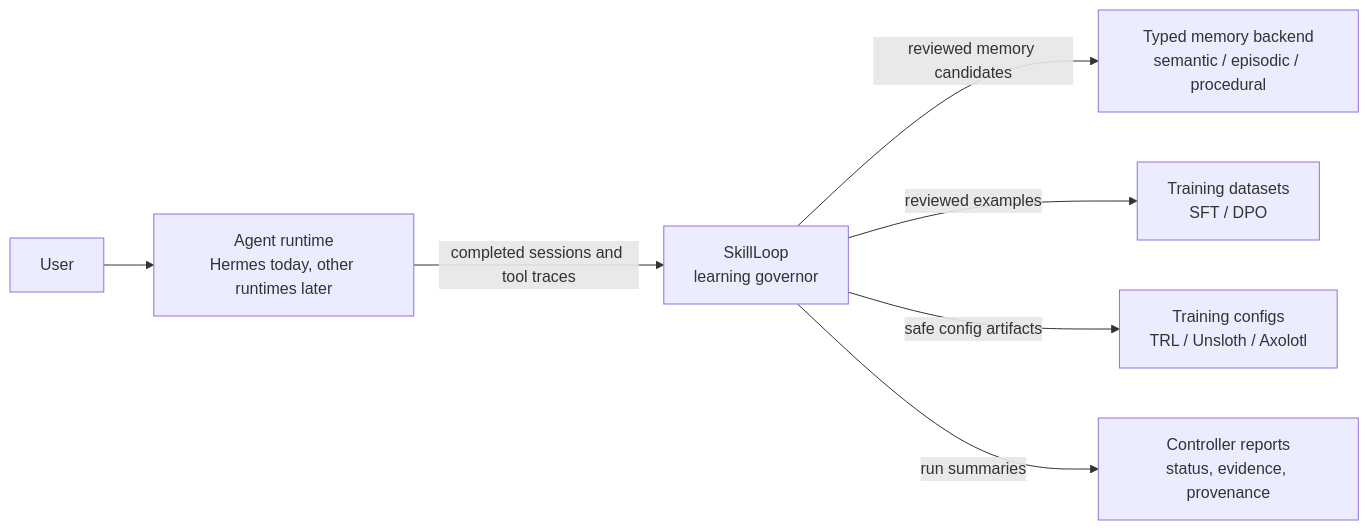
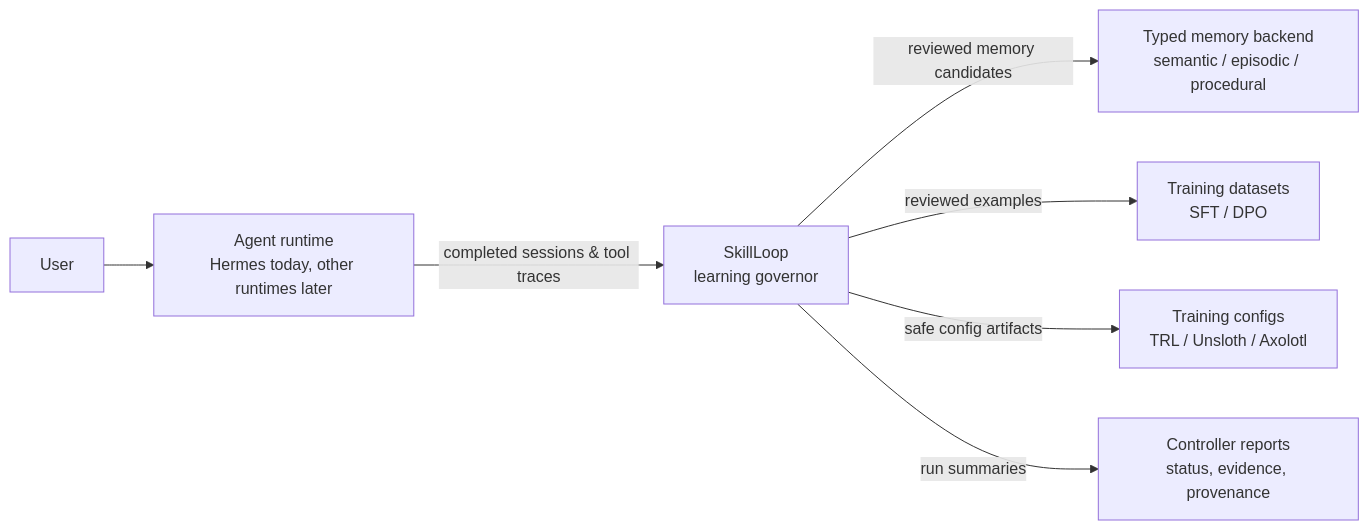
Before and after one commit to lamenting-hawthorn/SkillLoop: the first of 2 diagrams in README.md, drawn with Mermaid. The commit also changed other lines of this file, not shown here.

Commit message:
docs: professional OSS-grade README with badges, TOC, install options, features, architecture, contributing

````diff
--- a/README.md
+++ b/README.md
@@ -73,9 +89,9 @@
 ```mermaid
 flowchart LR
-    User[User] --> Runtime[Agent runtime\nHermes today, other runtimes later]
-    Runtime -->|completed sessions and tool traces| SkillLoop[SkillLoop\nlearning governor]
-    SkillLoop -->|reviewed memory candidates| Memory[Typed memory backend\nsemantic / episodic / procedural]
-    SkillLoop -->|reviewed examples| Dataset[Training datasets\nSFT / DPO]
-    SkillLoop -->|safe config artifacts| Training[Training configs\nTRL / Unsloth / Axolotl]
-    SkillLoop -->|run summaries| Reports[Controller reports\nstatus, evidence, provenance]
+    User[User] --> Runtime[Agent runtime<br/>Hermes today, other runtimes later]
+    Runtime -->|completed sessions & tool traces| SkillLoop[SkillLoop<br/>learning governor]
+    SkillLoop -->|reviewed memory candidates| Memory[Typed memory backend<br/>semantic / episodic / procedural]
+    SkillLoop -->|reviewed examples| Dataset[Training datasets<br/>SFT / DPO]
+    SkillLoop -->|safe config artifacts| Training[Training configs<br/>TRL / Unsloth / Axolotl]
+    SkillLoop -->|run summaries| Reports[Controller reports<br/>status, evidence, provenance]
 ```
````
